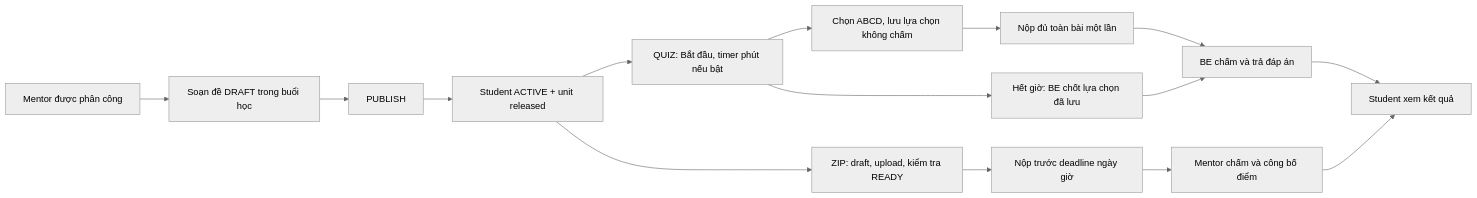
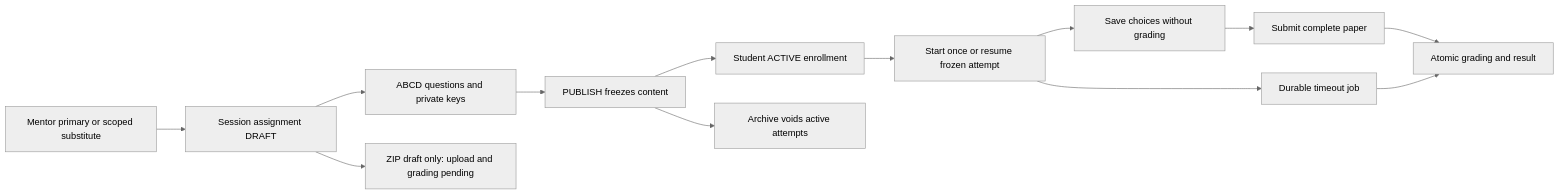
Before and after one commit to nhathuyck1/Mindy-BE: the diagram in docs/api_flow/PHASE_5_FLOW.md, drawn with Mermaid (neutral theme). The commit also changed other lines of this file and 27 other files, not shown here.

````diff
--- a/docs/api_flow/PHASE_5_FLOW.md
+++ b/docs/api_flow/PHASE_5_FLOW.md
@@ -16,17 +7,15 @@
 ```mermaid
 flowchart LR
-  M[Mentor được phân công] --> D[Soạn đề DRAFT trong buổi học]
-  D --> P[PUBLISH]
-  P --> E[Student ACTIVE + unit released]
-  E --> Q[QUIZ: Bắt đầu, timer phút nếu bật]
-  Q --> A[Chọn ABCD, lưu lựa chọn không chấm]
-  A --> S[Nộp đủ toàn bài một lần]
-  Q --> T[Hết giờ: BE chốt lựa chọn đã lưu]
-  S --> G[BE chấm và trả đáp án]
+  M[Mentor primary or scoped substitute] --> D[Session assignment DRAFT]
+  D --> Q[ABCD questions and private keys]
+  Q --> P[PUBLISH freezes content]
+  P --> E[Student ACTIVE enrollment]
+  E --> S[Start once or resume frozen attempt]
+  S --> A[Save choices without grading]
+  A --> F[Submit complete paper]
+  S --> T[Durable timeout job]
+  F --> G[Atomic grading and result]
   T --> G
-  E --> Z[ZIP: draft, upload, kiểm tra READY]
-  Z --> F[Nộp trước deadline ngày giờ]
-  F --> H[Mentor chấm và công bố điểm]
-  G --> V[Student xem kết quả]
-  H --> V
+  P --> X[Archive voids active attempts]
+  D --> Z[ZIP draft only: upload and grading pending]
 ```
````
